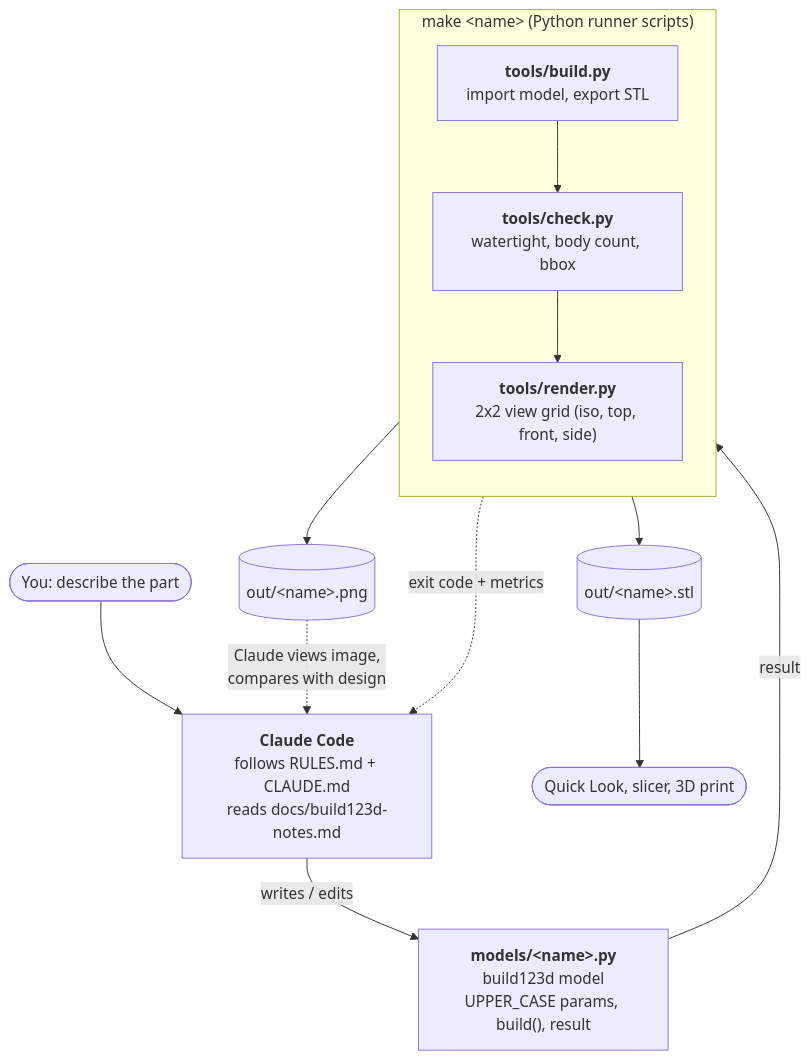
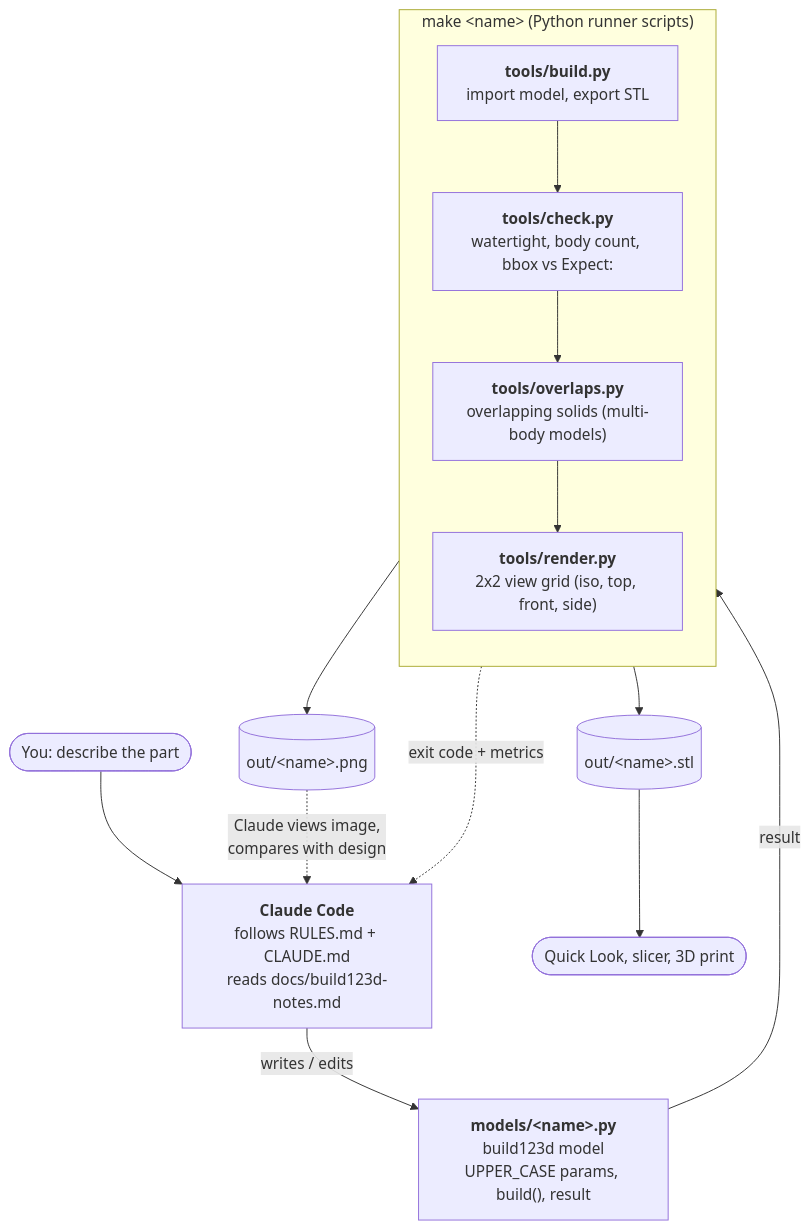
One commit to agentic-3d/example-base changed the diagram in README.md. Above: the diagram before and after it, drawn with Mermaid. The commit also changed other lines of this file and 11 other files, not shown here.

````diff
--- a/README.md
+++ b/README.md
@@ -13,27 +13,28 @@
 ```mermaid
 flowchart TD
     you(["You: describe the part"]) --> claude
 
     claude["<b>Claude Code</b><br/>follows RULES.md + CLAUDE.md<br/>reads docs/build123d-notes.md"]
     model["<b>models/&lt;name&gt;.py</b><br/>build123d model<br/>UPPER_CASE params, build(), result"]
 
     subgraph loop ["make &lt;name&gt; (Python runner scripts)"]
         direction TB
         build["<b>tools/build.py</b><br/>import model, export STL"]
-        check["<b>tools/check.py</b><br/>watertight, body count, bbox"]
+        check["<b>tools/check.py</b><br/>watertight, body count, bbox vs Expect:"]
+        overlaps["<b>tools/overlaps.py</b><br/>overlapping solids (multi-body models)"]
         render["<b>tools/render.py</b><br/>2x2 view grid (iso, top, front, side)"]
-        build --> check --> render
+        build --> check --> overlaps --> render
     end
 
     stl[("out/&lt;name&gt;.stl")]
     png[("out/&lt;name&gt;.png")]
     print(["Quick Look, slicer, 3D print"])
 
     claude -- "writes / edits" --> model
     model -- "result" --> build
     build --> stl
     render --> png
     stl --> print
     check -. "exit code + metrics" .-> claude
     png -. "Claude views image,<br/>compares with design" .-> claude
 ```
````
